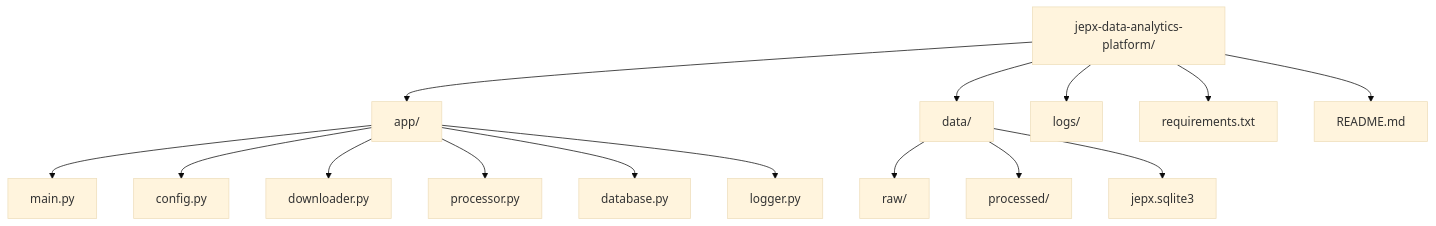
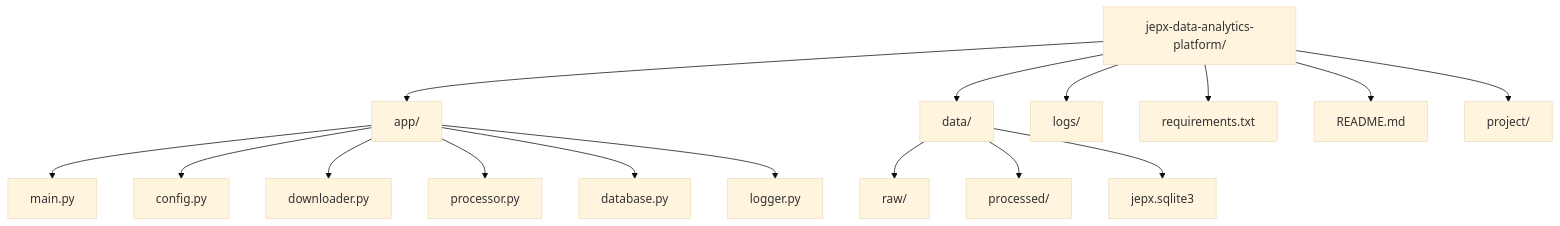
Before and after one commit to banzai80311315/jepx-data-analytics-platform: the fifth of 10 diagrams in README.md, drawn with Mermaid (base theme). The commit also changed 1 other file, not shown here.

Commit message:
add new faile

````diff
--- a/README.md
+++ b/README.md
@@ -125,19 +125,20 @@
 ```mermaid
 flowchart TD
     A[jepx-data-analytics-platform/] --> B[app/]
     A --> C[data/]
     A --> D[logs/]
     A --> E[requirements.txt]
     A --> F[README.md]
+    A --> G[project/]
 
     B --> B1[main.py]
     B --> B2[config.py]
     B --> B3[downloader.py]
     B --> B4[processor.py]
     B --> B5[database.py]
     B --> B6[logger.py]
 
     C --> C1[raw/]
     C --> C2[processed/]
     C --> C3[jepx.sqlite3]
 ```
````
